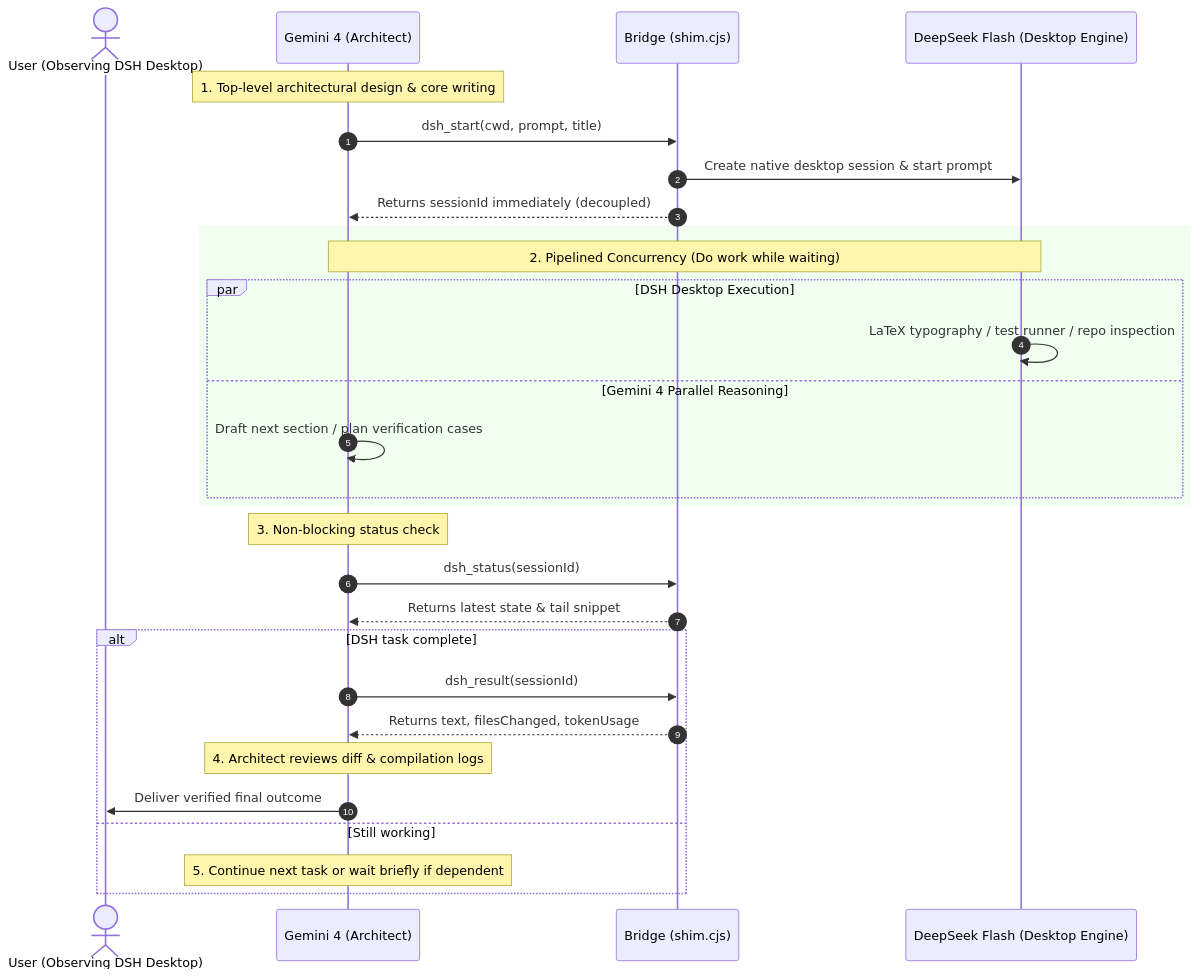
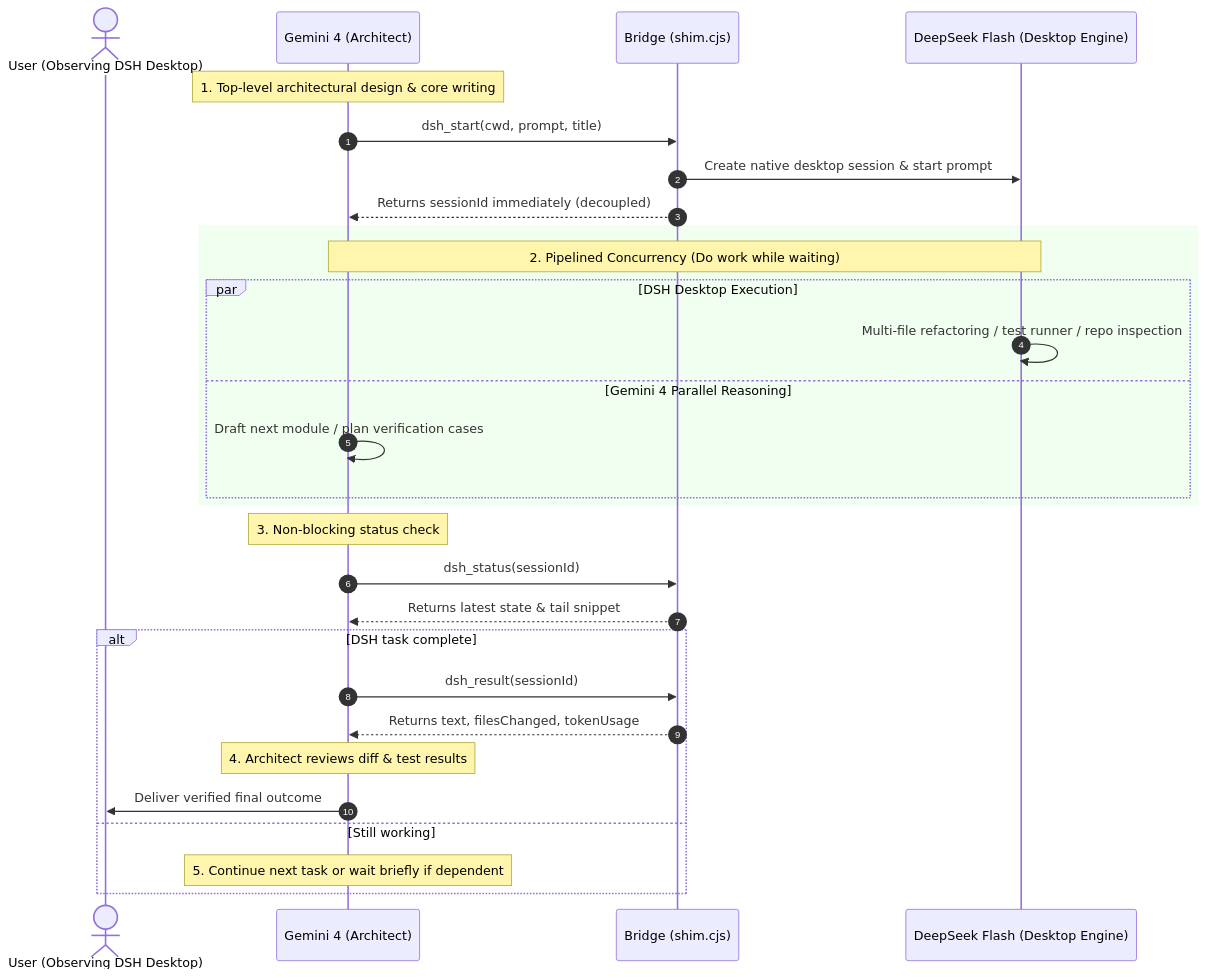
Before and after one commit to Qingzhu093/gemini-dsh-bridge: the diagram in README_EN.md, drawn with Mermaid. The commit also changed other lines of this file and 4 other files, not shown here.

````diff
--- a/README_EN.md
+++ b/README_EN.md
@@ -55,35 +55,35 @@
 ```mermaid
 sequenceDiagram
     autonumber
     actor User as User (Observing DSH Desktop)
     participant G4 as Gemini 4 (Architect)
     participant Bridge as Bridge (shim.cjs)
     participant DSH as DeepSeek Flash (Desktop Engine)
 
     Note over G4: 1. Top-level architectural design & core writing
     G4->>Bridge: dsh_start(cwd, prompt, title)
     Bridge->>DSH: Create native desktop session & start prompt
     Bridge-->>G4: Returns sessionId immediately (decoupled)
 
     rect rgb(240, 255, 240)
     Note over G4,DSH: 2. Pipelined Concurrency (Do work while waiting)
     par DSH Desktop Execution
-        DSH->>DSH: LaTeX typography / test runner / repo inspection
+        DSH->>DSH: Multi-file refactoring / test runner / repo inspection
     and Gemini 4 Parallel Reasoning
-        G4->>G4: Draft next section / plan verification cases
+        G4->>G4: Draft next module / plan verification cases
     end
     end
 
     Note over G4: 3. Non-blocking status check
     G4->>Bridge: dsh_status(sessionId)
     Bridge-->>G4: Returns latest state & tail snippet
 
     alt DSH task complete
         G4->>Bridge: dsh_result(sessionId)
         Bridge-->>G4: Returns text, filesChanged, tokenUsage
-        Note over G4: 4. Architect reviews diff & compilation logs
+        Note over G4: 4. Architect reviews diff & test results
         G4->>User: Deliver verified final outcome
     else Still working
         Note over G4: 5. Continue next task or wait briefly if dependent
     end
 ```
````
